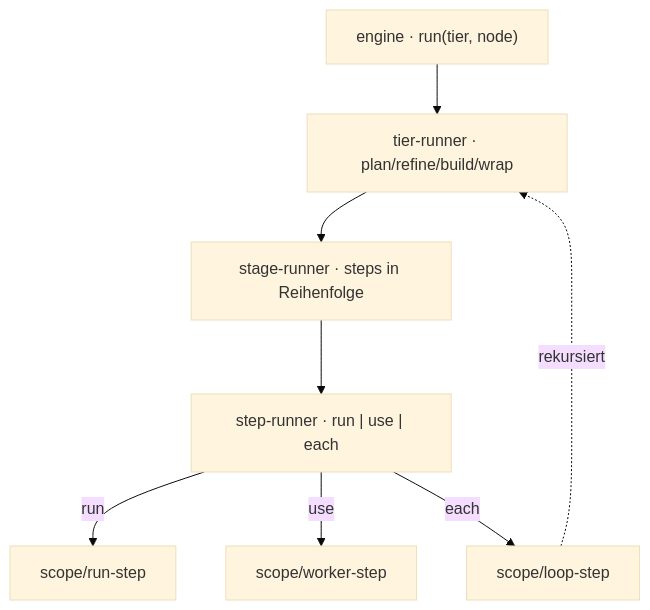
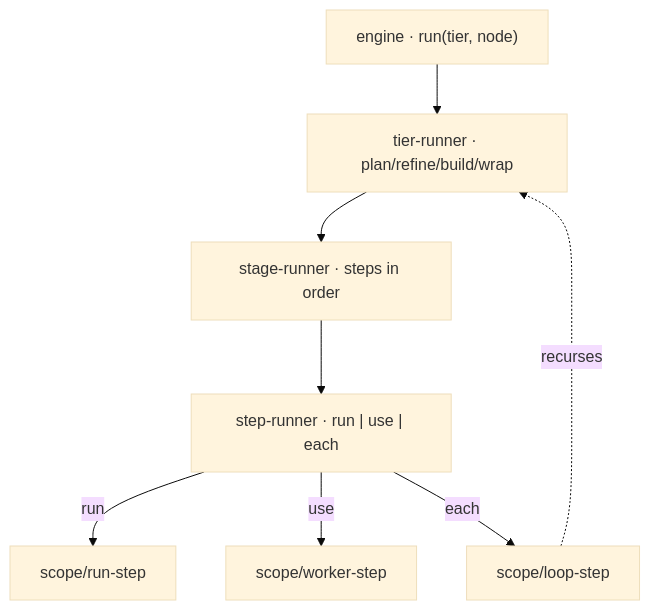
Before and after one commit to chafoo/anchored: the diagram in docs/core/engine/_engine.md, drawn with Mermaid (base theme). The commit also changed other lines of this file and 131 other files, not shown here.

````diff
--- a/docs/core/engine/_engine.md
+++ b/docs/core/engine/_engine.md
@@ -11,10 +11,10 @@
 ```mermaid
 flowchart TB
     E["engine · run(tier, node)"] --> T["tier-runner · plan/refine/build/wrap"]
-    T --> S["stage-runner · steps in Reihenfolge"]
+    T --> S["stage-runner · steps in order"]
     S --> P["step-runner · run | use | each"]
     P -->|run| RS["scope/run-step"]
     P -->|use| WS["scope/worker-step"]
     P -->|each| LS["scope/loop-step"]
-    LS -. "rekursiert" .-> T
+    LS -. "recurses" .-> T
 ```
````
